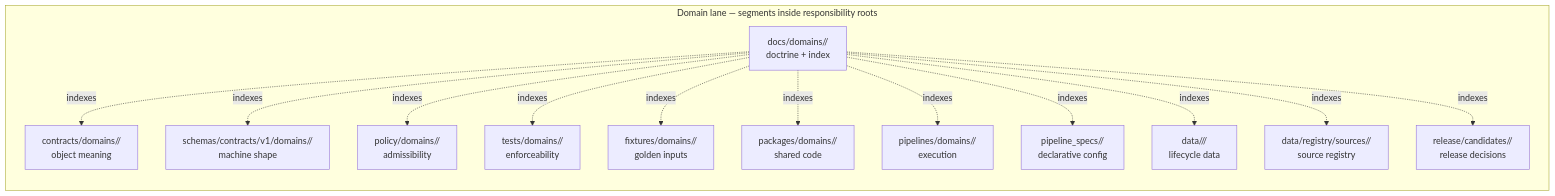
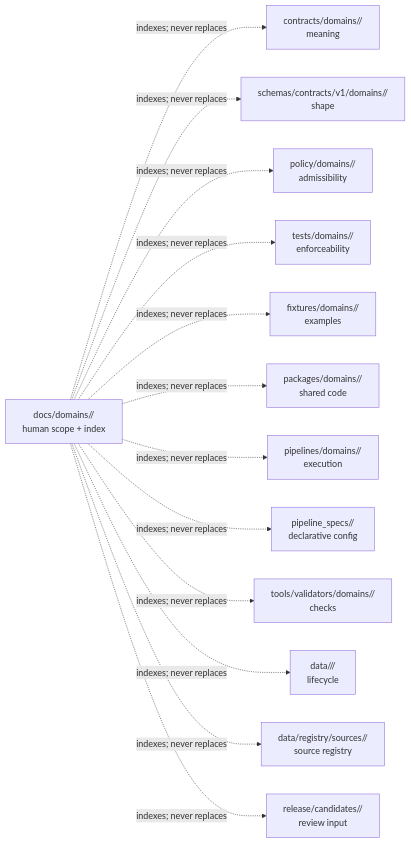
One commit to bartytime4life/Kansas-Frontier-Matrix changed the diagram in docs/domains/README.md. Above: the diagram before and after it, drawn with Mermaid. The commit also changed other lines of this file, not shown here.

Commit message:
docs(domains): modernize domain lane index

````diff
--- a/docs/domains/README.md
+++ b/docs/domains/README.md
@@ -200,30 +379,29 @@
 ```mermaid
 flowchart LR
-  subgraph LANE["Domain lane <slug> — segments inside responsibility roots"]
-    direction TB
-    DOCS["docs/domains/<slug>/<br/>doctrine + index"]
-    CONTRACTS["contracts/domains/<slug>/<br/>object meaning"]
-    SCHEMAS["schemas/contracts/v1/domains/<slug>/<br/>machine shape"]
+    DOCS["docs/domains/<slug>/<br/>human scope + index"]
+    CONTRACTS["contracts/domains/<slug>/<br/>meaning"]
+    SCHEMAS["schemas/contracts/v1/domains/<slug>/<br/>shape"]
     POLICY["policy/domains/<slug>/<br/>admissibility"]
     TESTS["tests/domains/<slug>/<br/>enforceability"]
-    FIXTURES["fixtures/domains/<slug>/<br/>golden inputs"]
+    FIXTURES["fixtures/domains/<slug>/<br/>examples"]
     PACKAGES["packages/domains/<slug>/<br/>shared code"]
     PIPELINES["pipelines/domains/<slug>/<br/>execution"]
     PSPECS["pipeline_specs/<slug>/<br/>declarative config"]
-    DATA["data/<phase>/<slug>/<br/>lifecycle data"]
+    TOOLS["tools/validators/domains/<slug>/<br/>checks"]
+    DATA["data/<phase>/<slug>/<br/>lifecycle"]
     REGISTRY["data/registry/sources/<slug>/<br/>source registry"]
-    RELEASE["release/candidates/<slug>/<br/>release decisions"]
-  end
+    RELEASE["release/candidates/<slug>/<br/>review input"]
 
-  DOCS -. indexes .-> CONTRACTS
-  DOCS -. indexes .-> SCHEMAS
-  DOCS -. indexes .-> POLICY
-  DOCS -. indexes .-> TESTS
-  DOCS -. indexes .-> FIXTURES
-  DOCS -. indexes .-> PACKAGES
-  DOCS -. indexes .-> PIPELINES
-  DOCS -. indexes .-> PSPECS
-  DOCS -. indexes .-> DATA
-  DOCS -. indexes .-> REGISTRY
-  DOCS -. indexes .-> RELEASE
+    DOCS -. "indexes; never replaces" .-> CONTRACTS
+    DOCS -. "indexes; never replaces" .-> SCHEMAS
+    DOCS -. "indexes; never replaces" .-> POLICY
+    DOCS -. "indexes; never replaces" .-> TESTS
+    DOCS -. "indexes; never replaces" .-> FIXTURES
+    DOCS -. "indexes; never replaces" .-> PACKAGES
+    DOCS -. "indexes; never replaces" .-> PIPELINES
+    DOCS -. "indexes; never replaces" .-> PSPECS
+    DOCS -. "indexes; never replaces" .-> TOOLS
+    DOCS -. "indexes; never replaces" .-> DATA
+    DOCS -. "indexes; never replaces" .-> REGISTRY
+    DOCS -. "indexes; never replaces" .-> RELEASE
 ```
````
